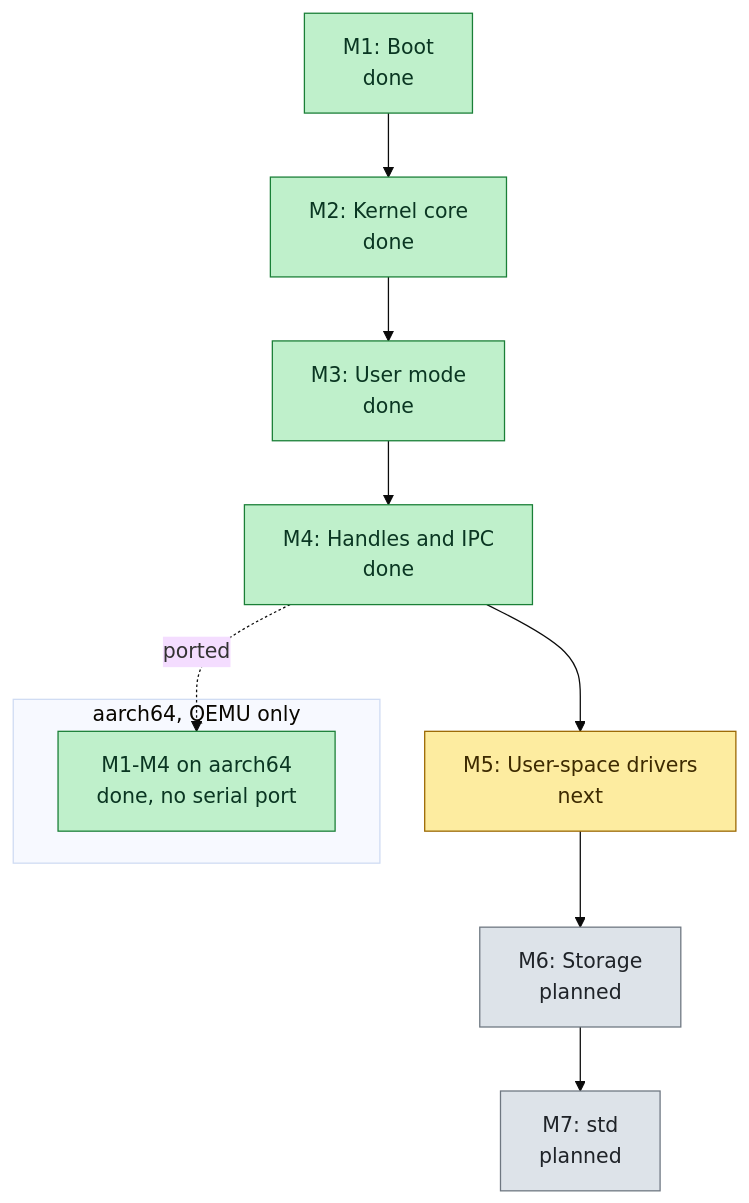
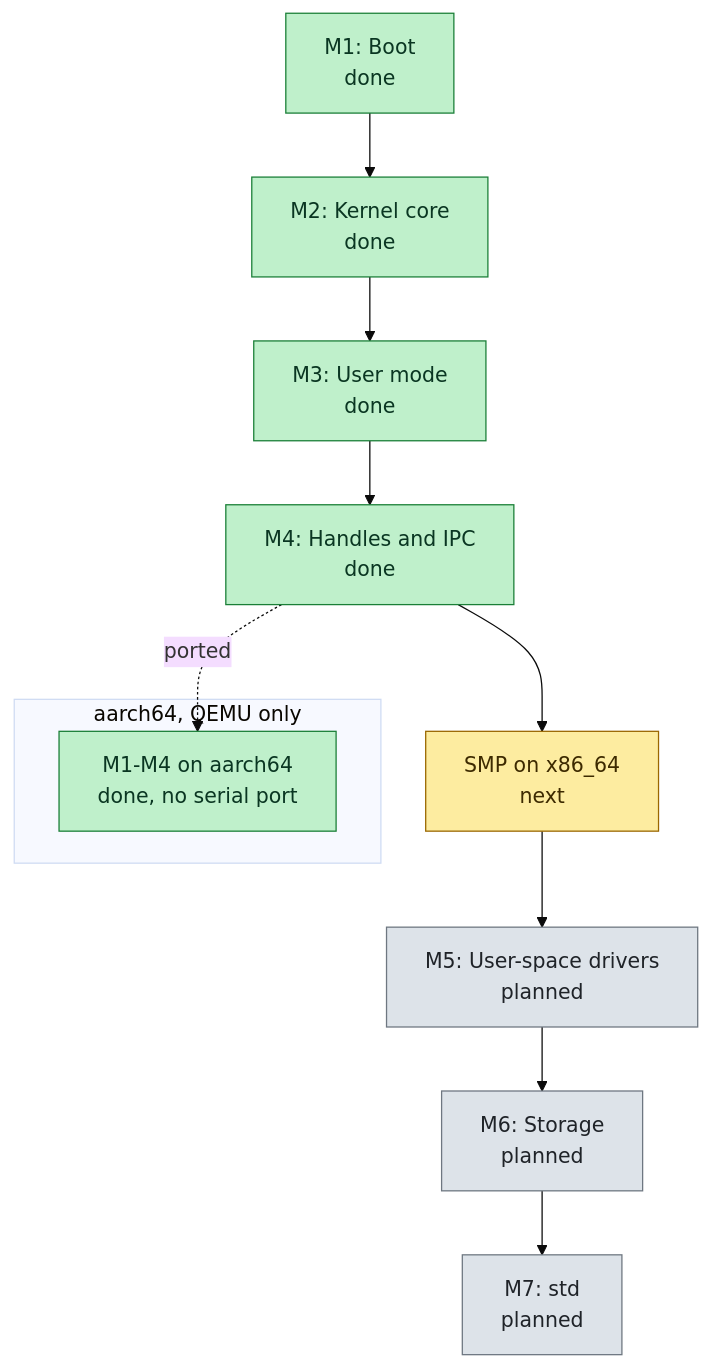
One commit to toast1599/ThisOS changed the diagram in README.md. Above: the diagram before and after it, drawn with Mermaid (base theme). The commit also changed other lines of this file and 5 other files, not shown here.

````diff
--- a/README.md
+++ b/README.md
@@ -17,21 +17,22 @@
 ```mermaid
 flowchart TD
     M1["M1: Boot<br/>done"] --> M2["M2: Kernel core<br/>done"]
     M2 --> M3["M3: User mode<br/>done"]
     M3 --> M4["M4: Handles and IPC<br/>done"]
-    M4 --> M5["M5: User-space drivers<br/>next"]
+    M4 --> S["SMP on x86_64<br/>next"]
+    S --> M5["M5: User-space drivers<br/>planned"]
     M5 --> M6["M6: Storage<br/>planned"]
     M6 --> M7["M7: std<br/>planned"]
 
     subgraph aarch64 ["aarch64, QEMU only"]
         A["M1-M4 on aarch64<br/>done, no serial port"]
     end
     M4 -. ported .-> A
 
     classDef done fill:#bff0cb,stroke:#1a7f37,color:#0a3622
     classDef next fill:#fdeca0,stroke:#9a6700,color:#3d2a00
     classDef planned fill:#dde3e9,stroke:#6e7781,color:#1f2328
     class M1,M2,M3,M4,A done
-    class M5 next
-    class M6,M7 planned
+    class S next
+    class M5,M6,M7 planned
 ```
````
